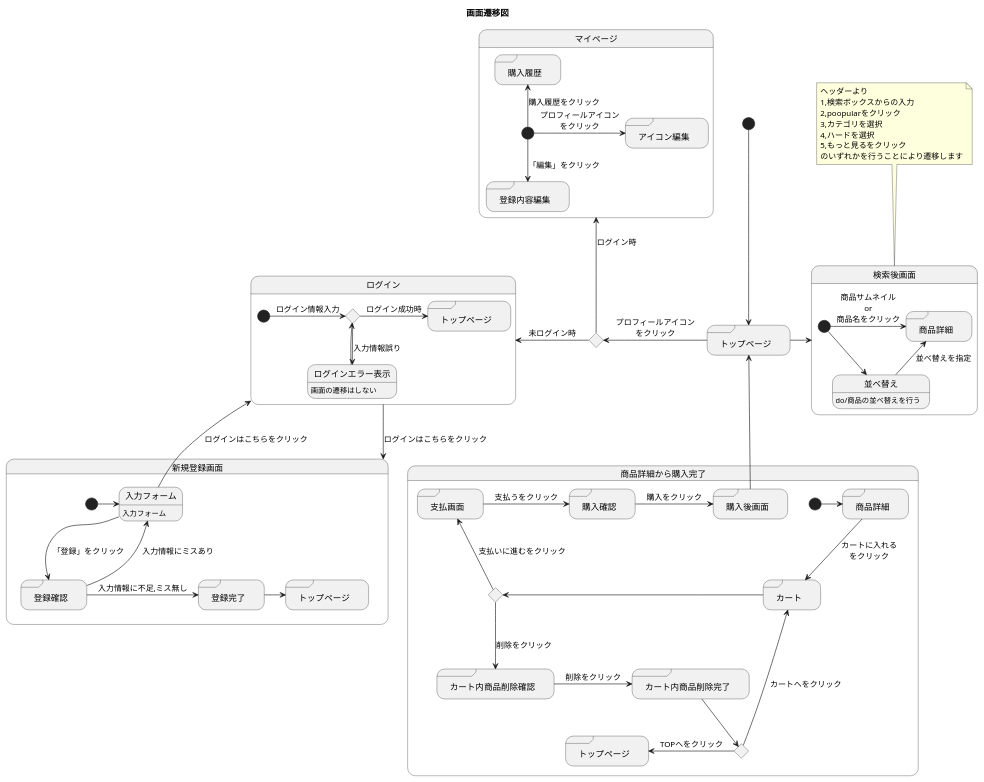
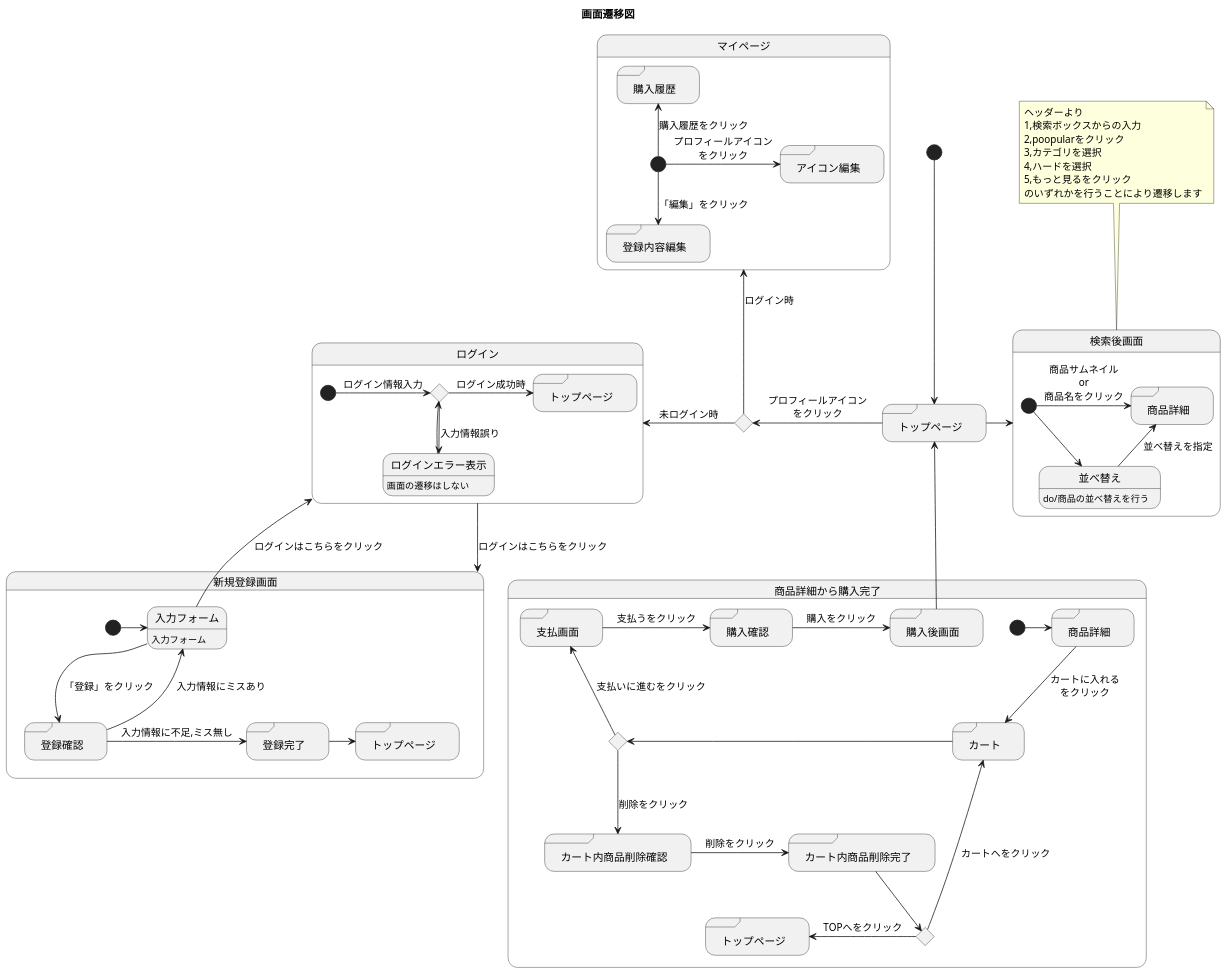
One commit to akutori/T-D-E changed the diagram in UML.md. Above: the diagram before and after it, drawn with PlantUML.

````diff
--- a/UML.md
+++ b/UML.md
@@ -1,5 +1,6 @@
 ```uml
 @startuml
+scale 1.25
 title 画面遷移図
 state ifmain <<choice>>
 state "トップページ" as main <<sdlreceive>>
````
